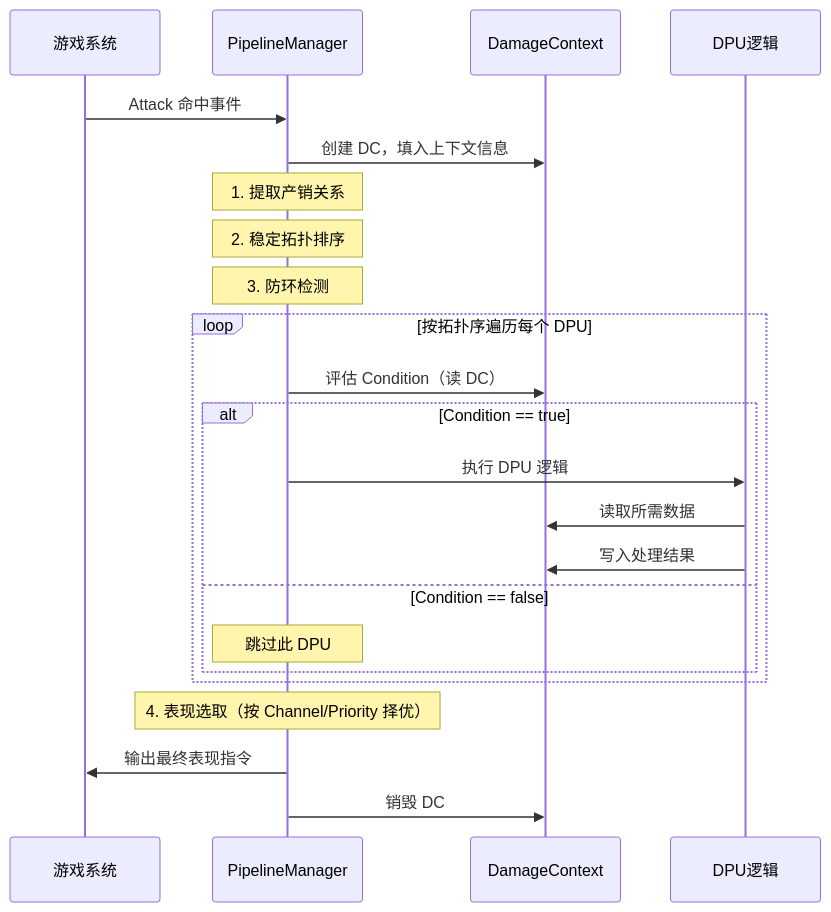
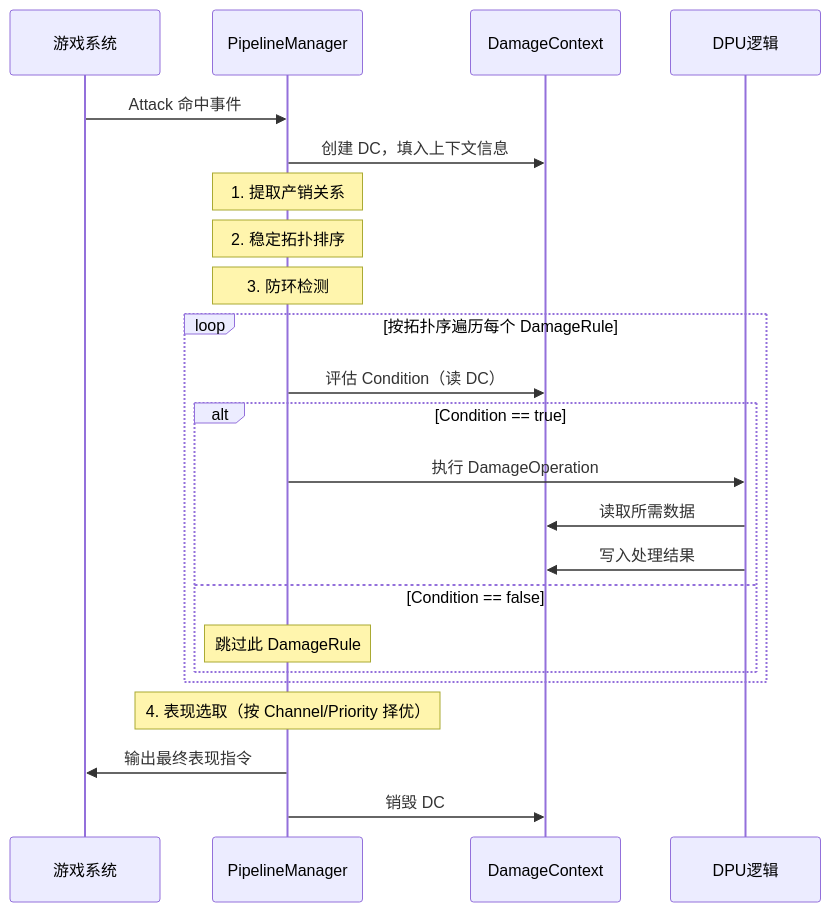
One commit to ZiJinZiMing/SagaStats changed the fifth of 9 diagrams in doc/damagePipeline/架构设计.md. Above: the diagram before and after it, drawn with Mermaid. The commit also changed other lines of this file and 85 other files, not shown here.

````diff
--- a/doc/damagePipeline/架构设计.md
+++ b/doc/damagePipeline/架构设计.md
@@ -287,29 +287,29 @@
 ```mermaid
 sequenceDiagram
     participant Game as 游戏系统
     participant PM as PipelineManager
     participant DC as DamageContext
-    participant DPU as DPU逻辑
+    participant DamageRule as DPU逻辑
 
     Game->>PM: Attack 命中事件
     PM->>DC: 创建 DC，填入上下文信息
 
     Note over PM: 1. 提取产销关系
     Note over PM: 2. 稳定拓扑排序
     Note over PM: 3. 防环检测
 
-    loop 按拓扑序遍历每个 DPU
+    loop 按拓扑序遍历每个 DamageRule
         PM->>DC: 评估 Condition（读 DC）
         alt Condition == true
-            PM->>DPU: 执行 DPU 逻辑
-            DPU->>DC: 读取所需数据
-            DPU->>DC: 写入处理结果
+            PM->>DamageRule: 执行 DamageOperation
+            DamageRule->>DC: 读取所需数据
+            DamageRule->>DC: 写入处理结果
         else Condition == false
-            Note over PM: 跳过此 DPU
+            Note over PM: 跳过此 DamageRule
         end
     end
 
     Note over PM: 4. 表现选取（按 Channel/Priority 择优）
     PM->>Game: 输出最终表现指令
     PM->>DC: 销毁 DC
 ```
````
